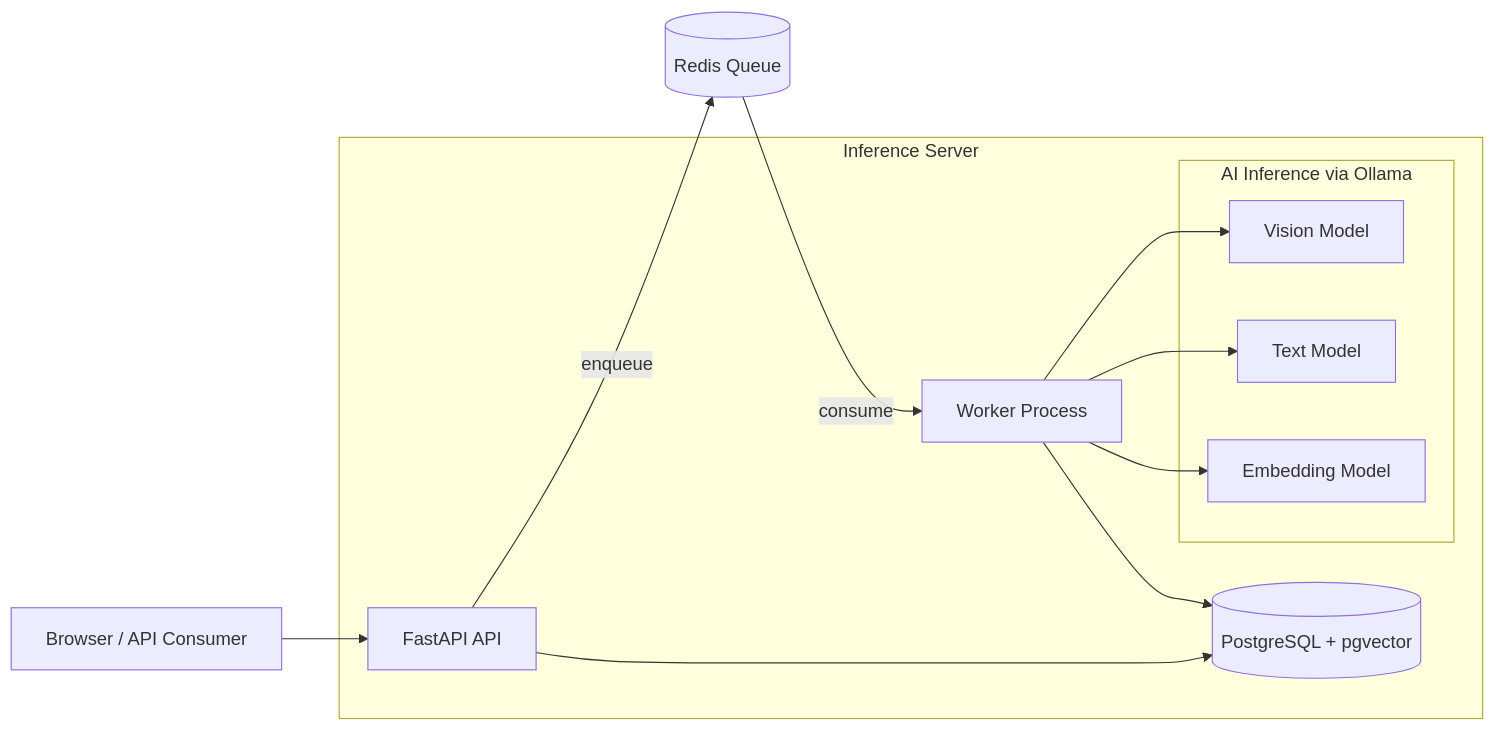
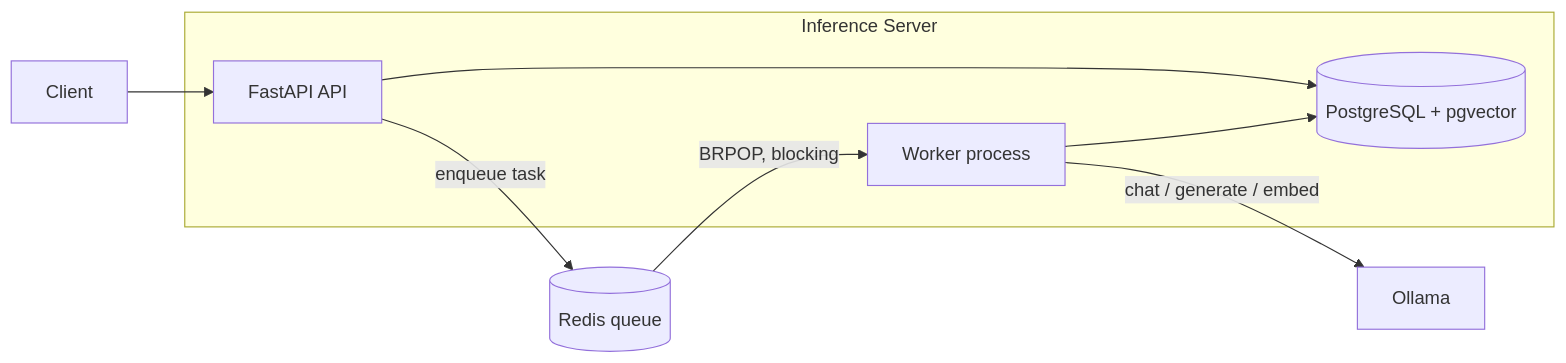
Before and after one commit to theruderaw/medgemma-inference-server: the first of 3 diagrams in README.md, drawn with Mermaid. The commit also changed other lines of this file, not shown here.

````diff
--- a/README.md
+++ b/README.md
@@ -148,24 +45,16 @@
 ```mermaid
 flowchart LR
-    A[Browser / API Consumer] --> B[FastAPI API]
-    B -->|enqueue| R[(Redis Queue)]
-    R -->|consume| W[Worker Process]
+    Client --> API[FastAPI API]
+    API -->|enqueue task| Redis[(Redis queue)]
+    Redis -->|BRPOP, blocking| Worker[Worker process]
 
-    subgraph InferenceServer [Inference Server]
-        B
-        W
-        C[(PostgreSQL + pgvector)]
-
-        subgraph AI [AI Inference via Ollama]
-            D[Vision Model]
-            E[Text Model]
-            F[Embedding Model]
-        end
+    subgraph Server [Inference Server]
+        API
+        Worker
+        PG[(PostgreSQL + pgvector)]
     end
 
-    W --> D
-    W --> E
-    W --> F
-    B --> C
-    W --> C
+    Worker -->|chat / generate / embed| Ollama[Ollama]
+    API --> PG
+    Worker --> PG
 ```
````
